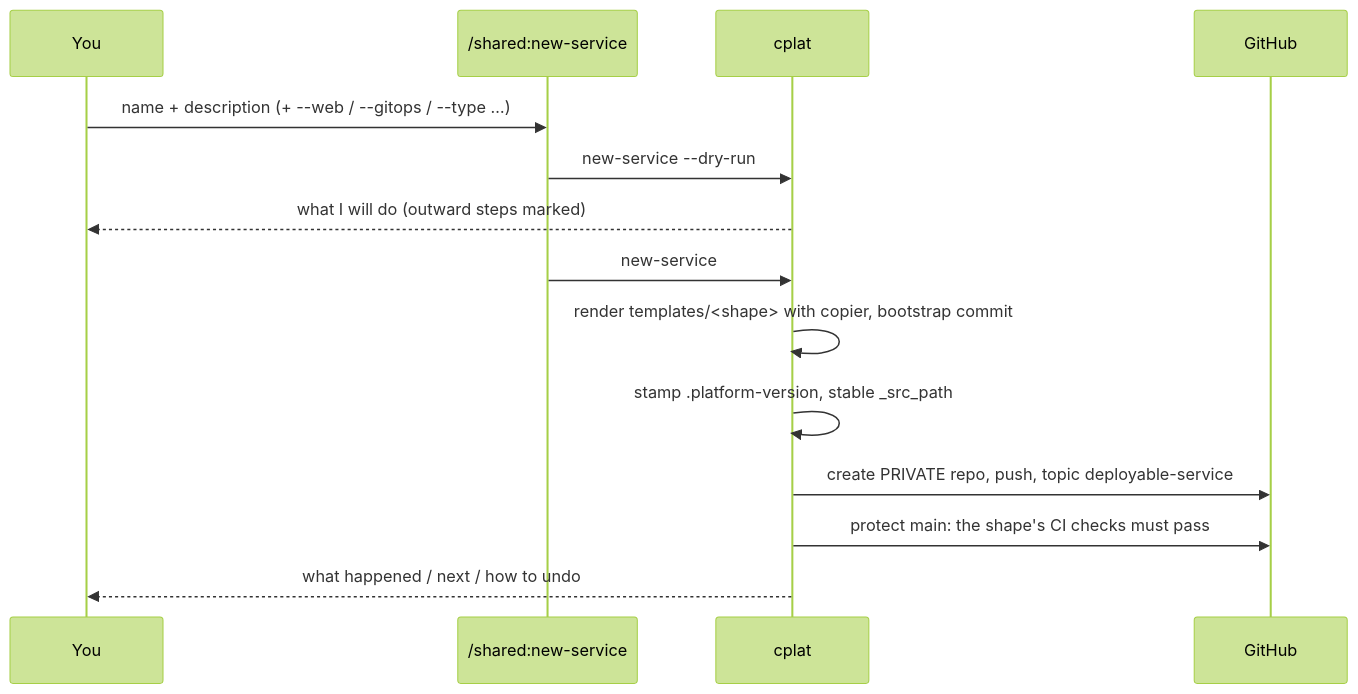
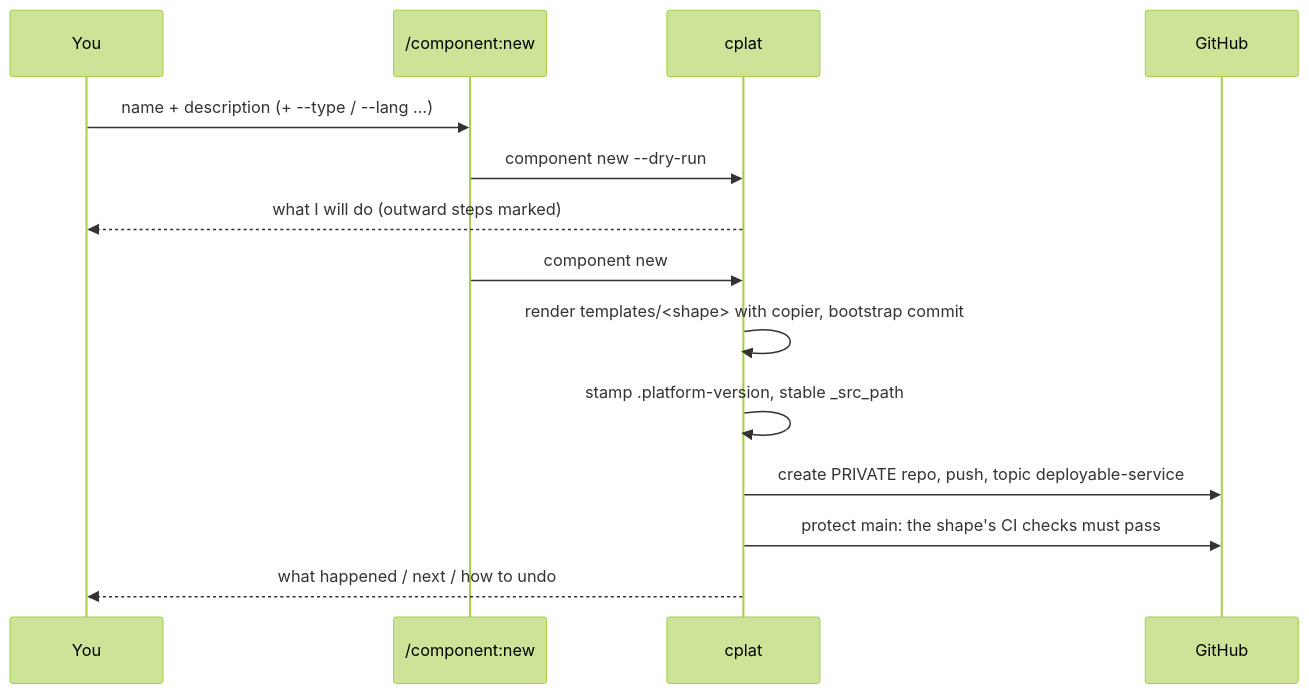
The second of 4 diagrams in docs/HOW-IT-WORKS.md (Aaqibhafeezkhan/sdlc-foundry), drawn with Mermaid (forest theme) before and after one commit. The commit also changed other lines of this file and 383 other files, not shown here.

````diff
--- a/docs/HOW-IT-WORKS.md
+++ b/docs/HOW-IT-WORKS.md
@@ -55,16 +55,16 @@
 ```mermaid
 sequenceDiagram
   participant U as You
-  participant C as /shared:new-service
+  participant C as /component:new
   participant S as cplat
   participant G as GitHub
-  U->>C: name + description (+ --web / --gitops / --type …)
-  C->>S: new-service --dry-run
+  U->>C: name + description (+ --type / --lang …)
+  C->>S: component new --dry-run
   S-->>U: what I will do (outward steps marked)
-  C->>S: new-service
+  C->>S: component new
   S->>S: render templates/<shape> with copier, bootstrap commit
   S->>S: stamp .platform-version, stable _src_path
   S->>G: create PRIVATE repo, push, topic deployable-service
   S->>G: protect main: the shape's CI checks must pass
   S-->>U: what happened / next / how to undo
 ```
````
